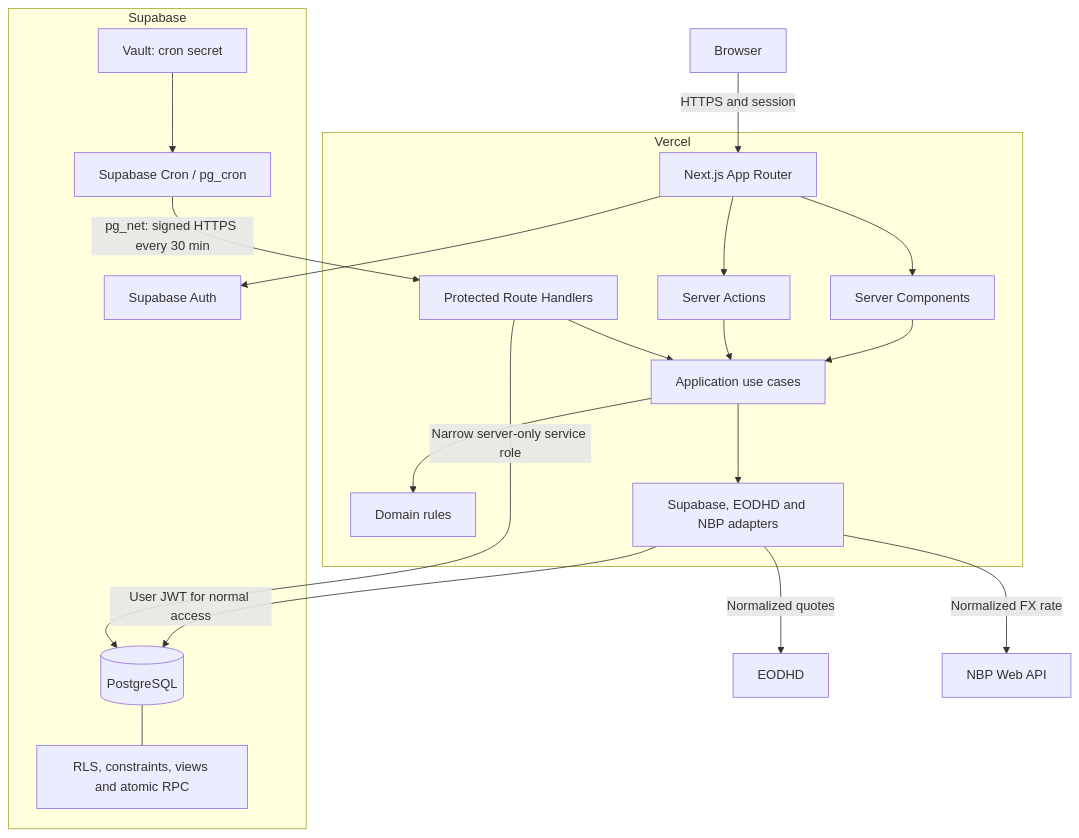
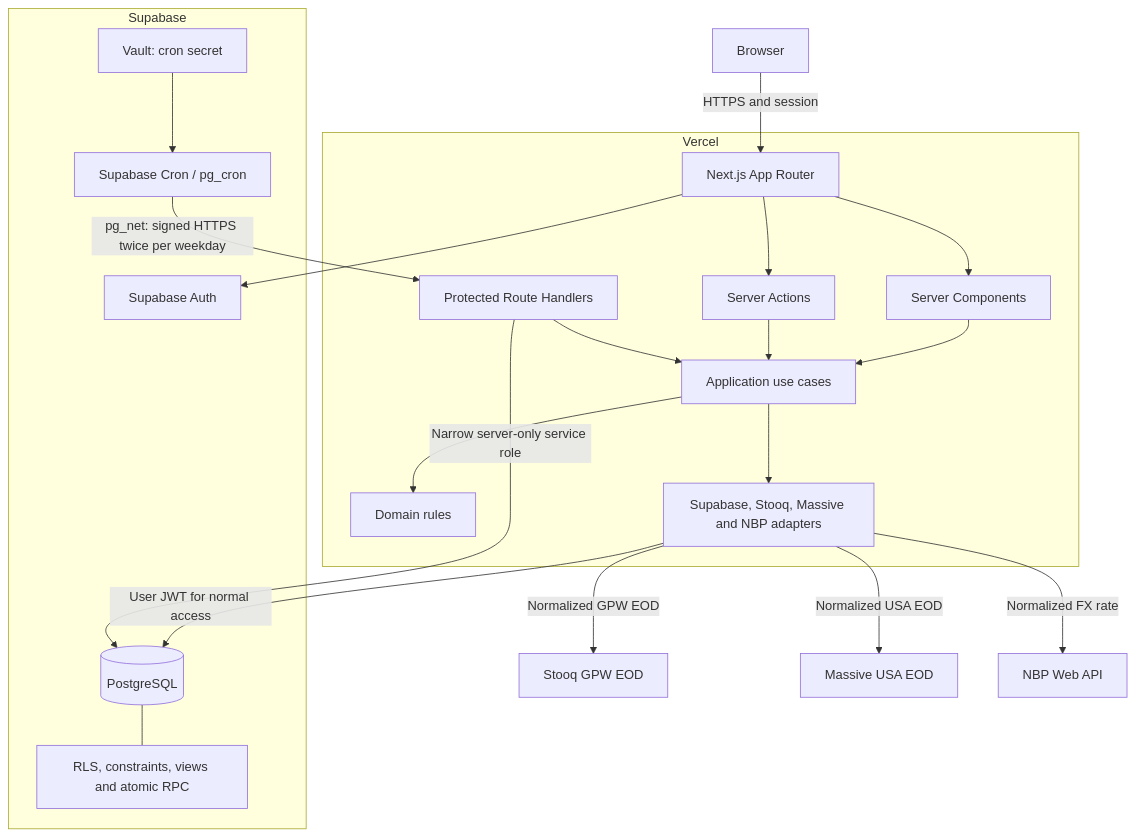
One commit to majkel1987/stock-monitor changed the diagram in docs/Technology-Stack-Recommendation.md. Above: the diagram before and after it, drawn with Mermaid. The commit also changed other lines of this file and 46 other files, not shown here.

````diff
--- a/docs/Technology-Stack-Recommendation.md
+++ b/docs/Technology-Stack-Recommendation.md
@@ -78,44 +78,46 @@
 ```mermaid
 flowchart TB
     B[Browser]
 
     subgraph V[Vercel]
         UI[Next.js App Router]
         SC[Server Components]
         SA[Server Actions]
         RH[Protected Route Handlers]
         APP[Application use cases]
         DOM[Domain rules]
-        AD[Supabase, EODHD and NBP adapters]
+        AD[Supabase, Stooq, Massive and NBP adapters]
     end
 
     subgraph S[Supabase]
         AUTH[Supabase Auth]
         DB[(PostgreSQL)]
         RLS[RLS, constraints, views and atomic RPC]
         CRON[Supabase Cron / pg_cron]
         VAULT[Vault: cron secret]
     end
 
-    E[EODHD]
+    G[Stooq GPW EOD]
+    U[Massive USA EOD]
     N[NBP Web API]
 
     B -->|HTTPS and session| UI
     UI --> SC
     UI --> SA
     SC --> APP
     SA --> APP
     RH --> APP
     APP --> DOM
     APP --> AD
 
     AD -->|User JWT for normal access| DB
     DB --- RLS
     UI --> AUTH
 
-    CRON -->|pg_net: signed HTTPS every 30 min| RH
+    CRON -->|pg_net: signed HTTPS twice per weekday| RH
     VAULT --> CRON
-    AD -->|Normalized quotes| E
+    AD -->|Normalized GPW EOD| G
+    AD -->|Normalized USA EOD| U
     AD -->|Normalized FX rate| N
     RH -->|Narrow server-only service role| DB
 ```
````
